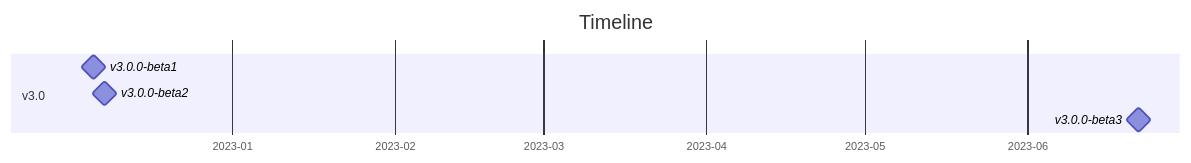
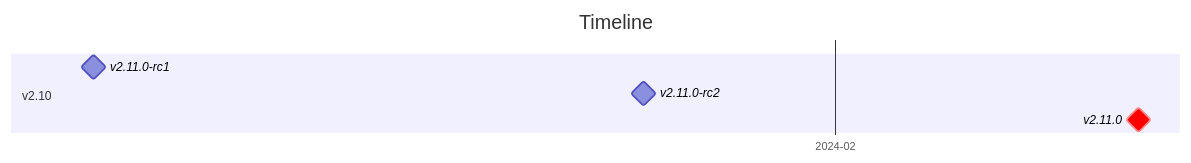
Before and after one commit to traefik-contrib/traefik-history: diagram 21 of 22 in readme.md, drawn with Mermaid. The commit also changed other lines of this file and 1 other file, not shown here.

````diff
--- a/readme.md
+++ b/readme.md
@@ -895,12 +899,13 @@
 ```mermaid
 gantt
     title Timeline
     todayMarker off
     tickInterval 1month
     axisFormat %Y-%m
     dateFormat YYYY-MM-DD HH:mm:ss
-    section v3.0
-        v3.0.0-beta1: milestone, 2022-12-05 16:58:04, 0d
-        v3.0.0-beta2: milestone, 2022-12-07 17:26:04, 0d
-        v3.0.0-beta3: milestone, 2023-06-22 01:18:05, 0d
+    section v2.10
+        v2.11.0-rc1: milestone, 2024-01-03 11:12:05, 0d
+        v2.11.0-rc2: milestone, 2024-01-24 15:20:09, 0d
+        v2.11.0: crit, milestone, 2024-02-12 16:14:04, 0d
+
 ```
````
